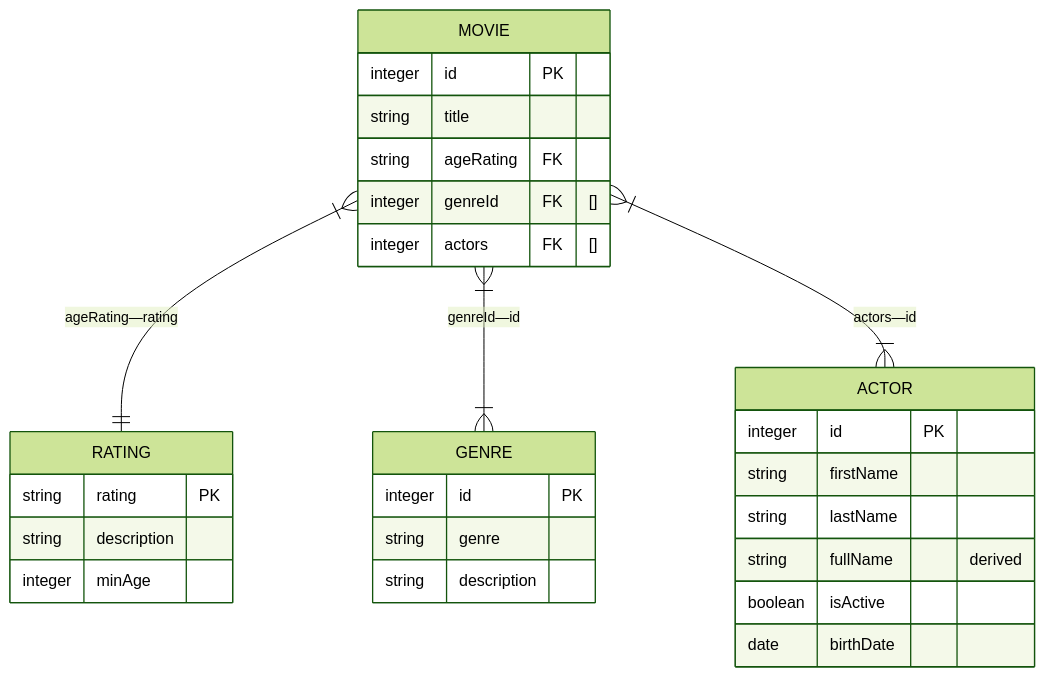
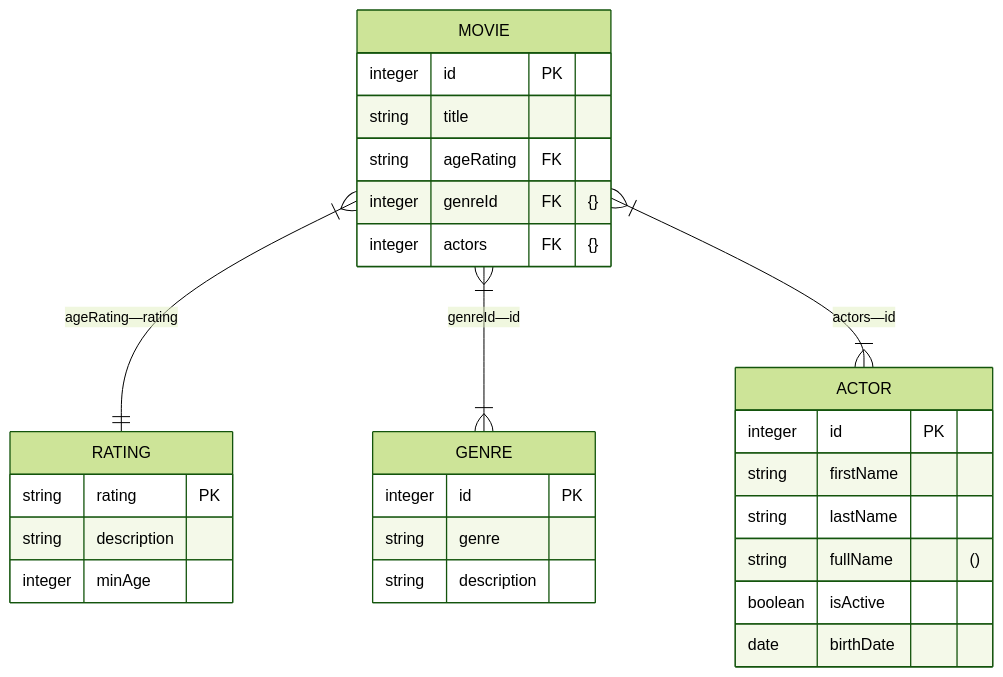
One commit to tnichols217/notes changed the fourth of 6 diagrams in CSDS 341 - Intro to Databases/HW/1/Tables.md. Above: the diagram before and after it, drawn with Mermaid (forest theme). The commit also changed other lines of this file and 7 other files, not shown here.

````diff
--- a/CSDS 341 - Intro to Databases/HW/1/Tables.md
+++ b/CSDS 341 - Intro to Databases/HW/1/Tables.md
@@ -176,31 +175,31 @@
 ```mermaid
 erDiagram
     RATING {
         string rating PK
         string description
         integer minAge
     }
     GENRE {
         integer id PK
         string genre
         string description
     }
     MOVIE {
         integer id PK
         string title
         string ageRating FK
-        integer genreId FK "[]"
-        integer actors FK "[]"
+        integer genreId FK "{}"
+        integer actors FK "{}"
     }
     ACTOR {
 	    integer id PK
 	    string firstName
 	    string lastName
-	    string fullName "derived"
+	    string fullName "()"
 	    boolean isActive
 	    date birthDate
     }
 	MOVIE }|--|| RATING : "ageRating—rating"
 	MOVIE }|--|{ GENRE : "genreId—id"
 	MOVIE }|--|{ ACTOR : "actors—id"
 ```
````
